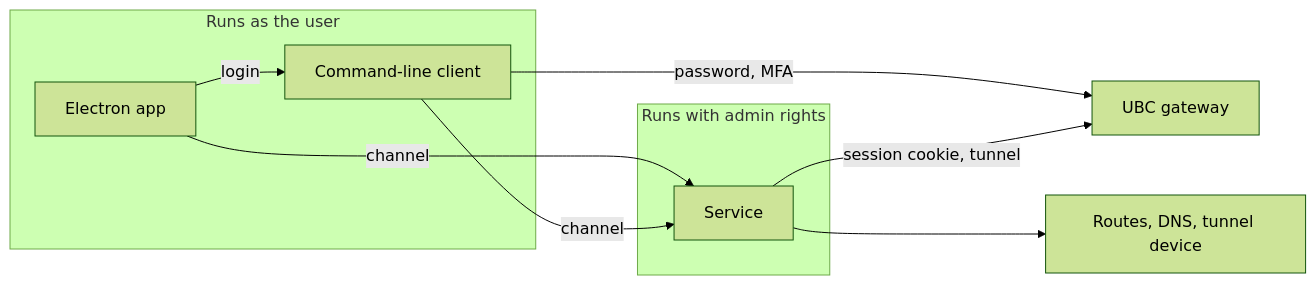
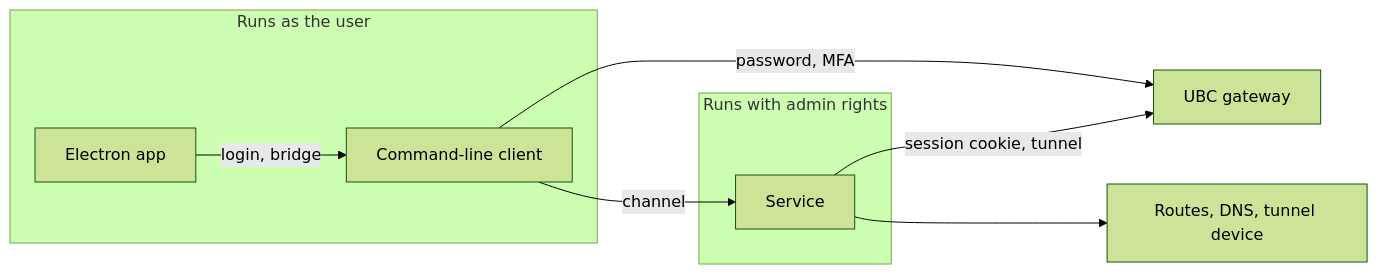
The diagram in docs/architecture.md (Nima-Hs/ubc-vpn), drawn with Mermaid (forest theme) before and after one commit. The commit also changed other lines of this file and 4 other files, not shown here.

````diff
--- a/docs/architecture.md
+++ b/docs/architecture.md
@@ -31,16 +31,15 @@
 ```mermaid
 flowchart LR
     subgraph user["Runs as the user"]
         GUI["Electron app"]
         CLI["Command-line client"]
     end
     subgraph admin["Runs with admin rights"]
         SVC["Service"]
     end
-    GUI -- "login" --> CLI
-    GUI -- "channel" --> SVC
+    GUI -- "login, bridge" --> CLI
     CLI -- "channel" --> SVC
     CLI -- "password, MFA" --> GW["UBC gateway"]
     SVC -- "session cookie, tunnel" --> GW
     SVC --> OS["Routes, DNS, tunnel device"]
 ```
````
